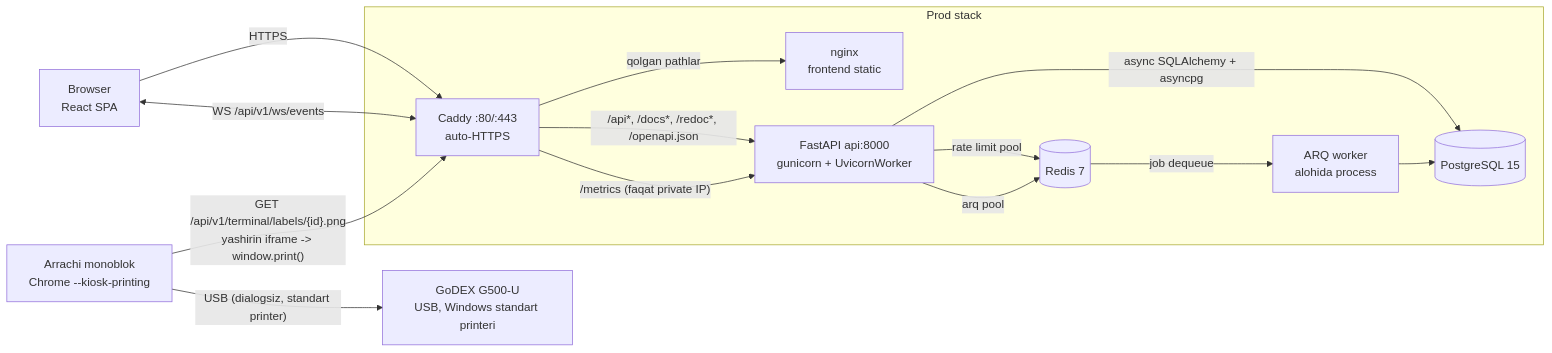
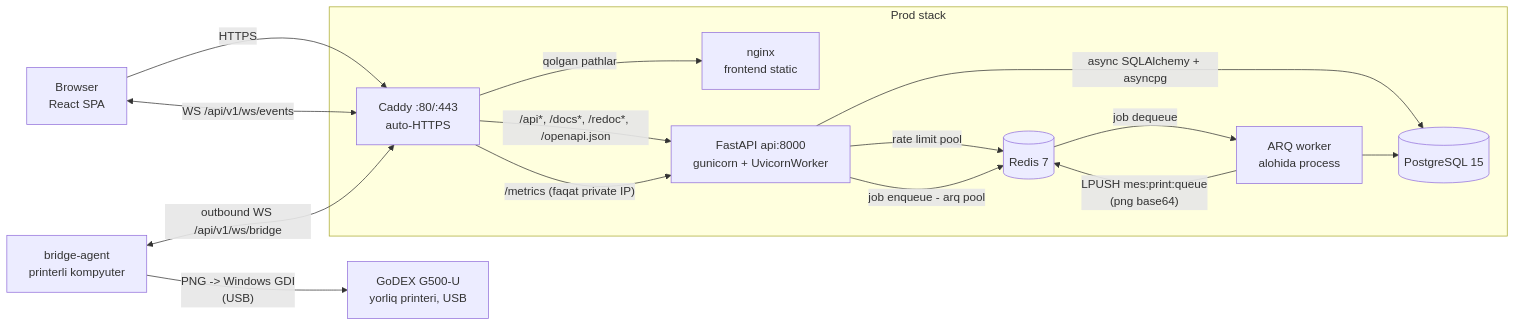
Before and after one commit to jasper2233/mebelix-eko-tizim: the diagram in docs/01-architecture.md, drawn with Mermaid. The commit also changed other lines of this file and 19 other files, not shown here.

First line of the commit message:
revert(print): bridge-agent qaytarildi (3ea3ef4 bekor) — endi faqat USB yo'li

````diff
--- a/docs/01-architecture.md
+++ b/docs/01-architecture.md
@@ -79,28 +80,29 @@
 ```mermaid
 flowchart LR
     B[Browser<br/>React SPA]
-    MB[Arrachi monoblok<br/>Chrome --kiosk-printing]
-    PR[GoDEX G500-U<br/>USB, Windows standart printeri]
+    G[bridge-agent<br/>printerli kompyuter]
+    PR[GoDEX G500-U<br/>yorliq printeri, USB]
 
     subgraph Prod stack
         C[Caddy :80/:443<br/>auto-HTTPS]
         N[nginx<br/>frontend static]
         A[FastAPI api:8000<br/>gunicorn + UvicornWorker]
         W[ARQ worker<br/>alohida process]
         P[(PostgreSQL 15)]
         R[(Redis 7)]
     end
 
     B -->|HTTPS| C
     B <-->|"WS /api/v1/ws/events"| C
-    MB -->|"GET /api/v1/terminal/labels/{id}.png<br/>yashirin iframe -> window.print()"| C
-    MB -->|"USB (dialogsiz, standart printer)"| PR
+    G <-->|"outbound WS /api/v1/ws/bridge"| C
+    G -->|"PNG -> Windows GDI<br/>(USB)"| PR
     C -->|"/api*, /docs*, /redoc*, /openapi.json"| A
     C -->|"/metrics (faqat private IP)"| A
     C -->|qolgan pathlar| N
     A -->|async SQLAlchemy + asyncpg| P
     A -->|rate limit pool| R
-    A -->|arq pool| R
+    A -->|job enqueue - arq pool| R
     R -->|job dequeue| W
+    W -->|"LPUSH mes:print:queue<br/>(png base64)"| R
     W --> P
 ```
````
